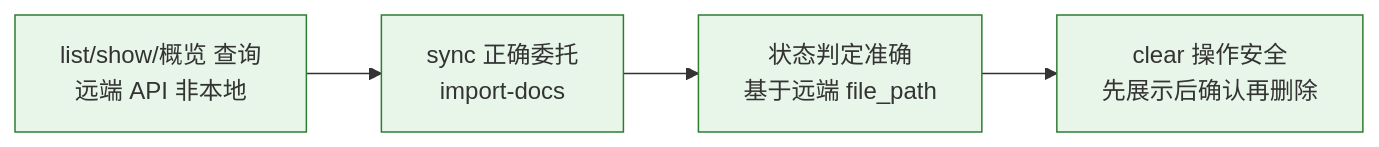
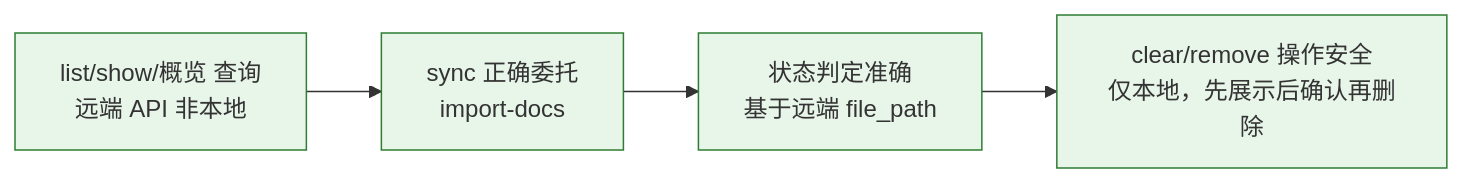
One commit to effiy/YrY changed diagram 12 of 13 in skills/rui-story/SKILL.md. Above: the diagram before and after it, drawn with Mermaid. The commit also changed other lines of this file and 3 other files, not shown here.

````diff
--- a/skills/rui-story/SKILL.md
+++ b/skills/rui-story/SKILL.md
@@ -351,9 +428,9 @@
 ```mermaid
 flowchart LR
     F1["list/show/概览 查询<br/>远端 API 非本地"]:::sig
     F1 --> F2["sync 正确委托<br/>import-docs"]:::sig
     F2 --> F3["状态判定准确<br/>基于远端 file_path"]:::sig
-    F3 --> F4["clear 操作安全<br/>先展示后确认再删除"]:::sig
+    F3 --> F4["clear/remove 操作安全<br/>仅本地，先展示后确认再删除"]:::sig
 
     classDef sig fill:#e8f5e9,stroke:#2e7d32;
 ```
````
